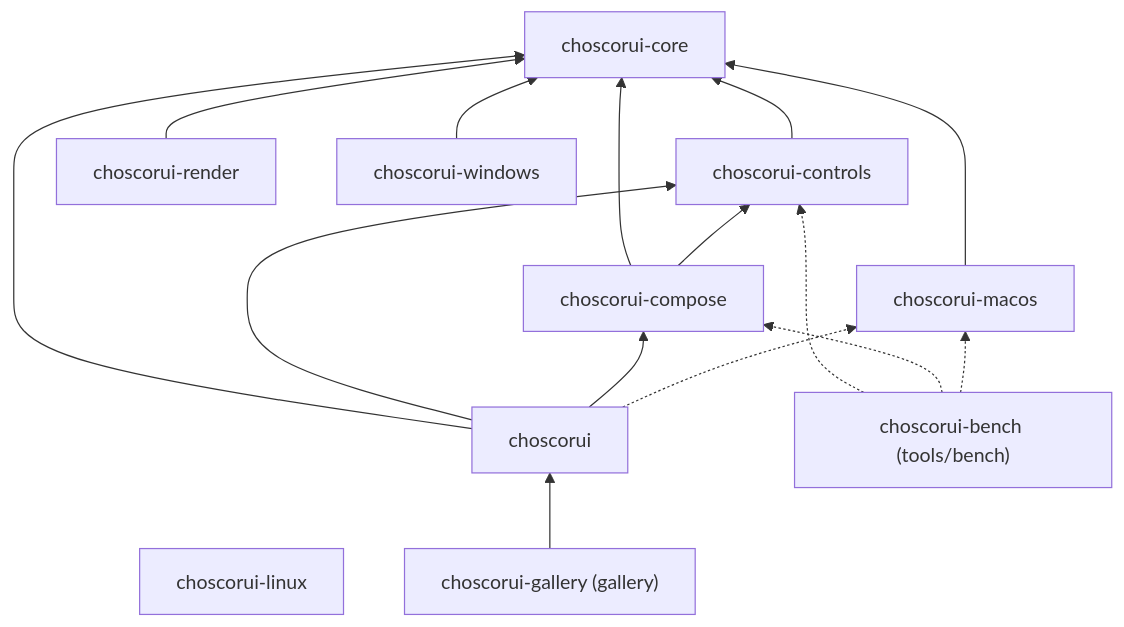
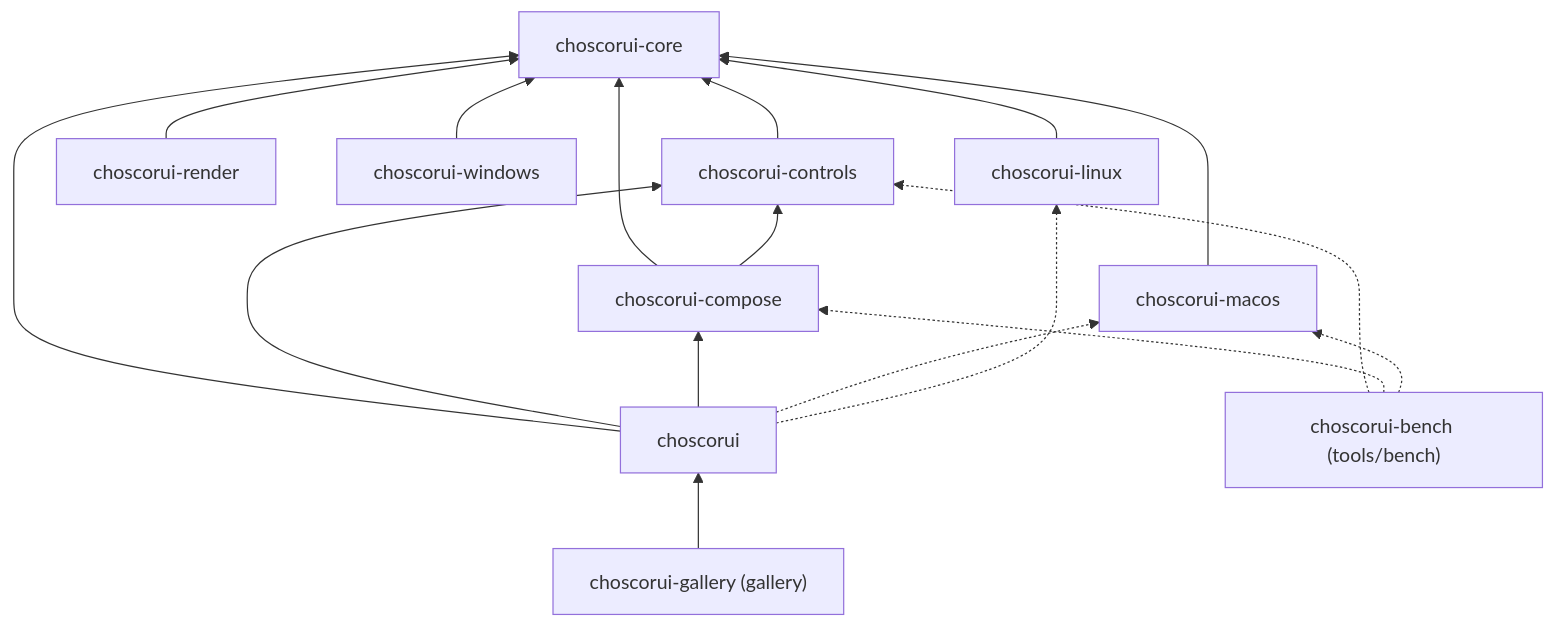
The first of 2 diagrams in docs/architecture.md (choscor/choscorui), drawn with Mermaid before and after one commit. The commit also changed other lines of this file and 11 other files, not shown here.

First line of the commit message:
feat: run the facade on the Linux backend

````diff
--- a/docs/architecture.md
+++ b/docs/architecture.md
@@ -158,27 +159,29 @@
 ```mermaid
 flowchart BT
     core["choscorui-core"]
     controls["choscorui-controls"]
     compose["choscorui-compose"]
     render["choscorui-render"]
     macos["choscorui-macos"]
     windows["choscorui-windows"]
     linux["choscorui-linux"]
     facade["choscorui"]
     gallery["choscorui-gallery (gallery)"]
     bench["choscorui-bench (tools/bench)"]
     controls --> core
     compose --> core
     compose --> controls
     render --> core
     macos --> core
     windows --> core
+    linux --> core
     facade --> core
     facade --> controls
     facade --> compose
     facade -.-> macos
+    facade -.-> linux
     gallery --> facade
     bench -.-> controls
     bench -.-> compose
     bench -.-> macos
 ```
````
